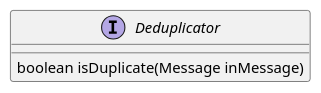
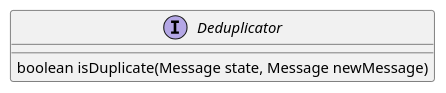
One commit to datakaveri/iudx-adaptor-framework changed the diagram in docs/diagrams/Deduplicator.puml. Above: the diagram before and after it, drawn with PlantUML. The commit also changed 20 other files, not shown here.

Commit message:
SimpleB flow working. Removed cascading deps in ApiConig.

```diff
--- a/docs/diagrams/Deduplicator.puml
+++ b/docs/diagrams/Deduplicator.puml
@@ -1,5 +1,5 @@
 @startuml
 Interface Deduplicator   {
-  boolean isDuplicate(Message inMessage)
+    boolean isDuplicate(Message state, Message newMessage)
 }
 @enduml
```
